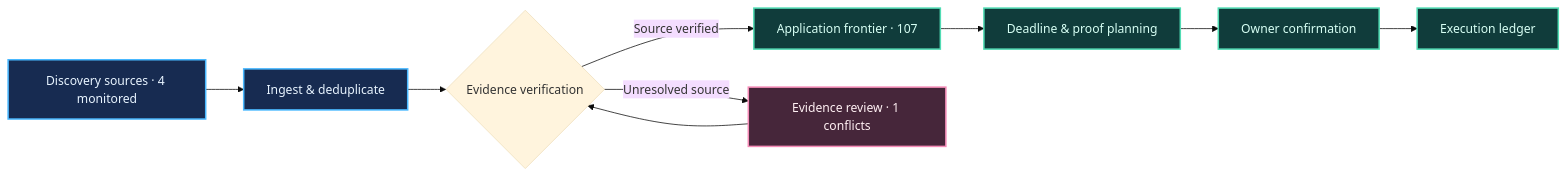
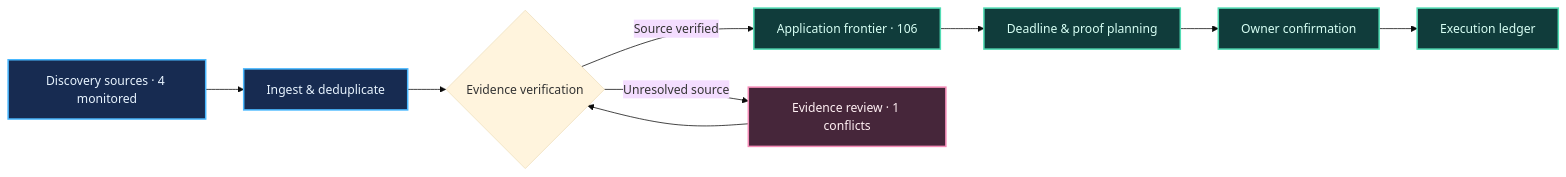
One commit to Armanasq/phd_tracker changed the diagram in docs/diagrams/pipeline.mmd. Above: the diagram before and after it, drawn with Mermaid (base theme). The commit also changed 40 other files, not shown here.

```diff
--- a/docs/diagrams/pipeline.mmd
+++ b/docs/diagrams/pipeline.mmd
@@ -1,15 +1,15 @@
 flowchart LR
     A["Discovery sources · 4 monitored"] --> B["Ingest & deduplicate"]
     B --> C{"Evidence verification"}
-    C -->|"Source verified"| D["Application frontier · 107"]
+    C -->|"Source verified"| D["Application frontier · 106"]
     C -->|"Unresolved source"| E["Evidence review · 1 conflicts"]
     E --> C
     D --> F["Deadline & proof planning"]
     F --> G["Owner confirmation"]
     G --> H["Execution ledger"]
     classDef source fill:#172b51,color:#e8f4ff,stroke:#49b8ff,stroke-width:2px
     classDef verified fill:#103c3b,color:#d7fff4,stroke:#51dcb4,stroke-width:2px
     classDef attention fill:#46263a,color:#fff0f3,stroke:#f58bb7,stroke-width:2px
     class A,B source
     class D,F,G,H verified
     class E attention
```
